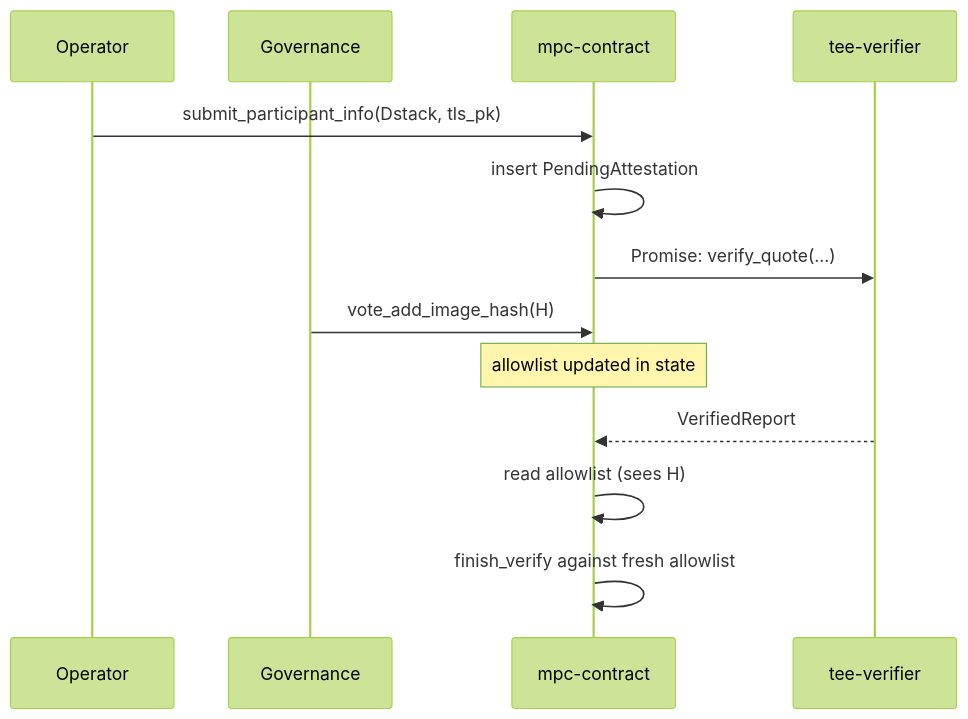
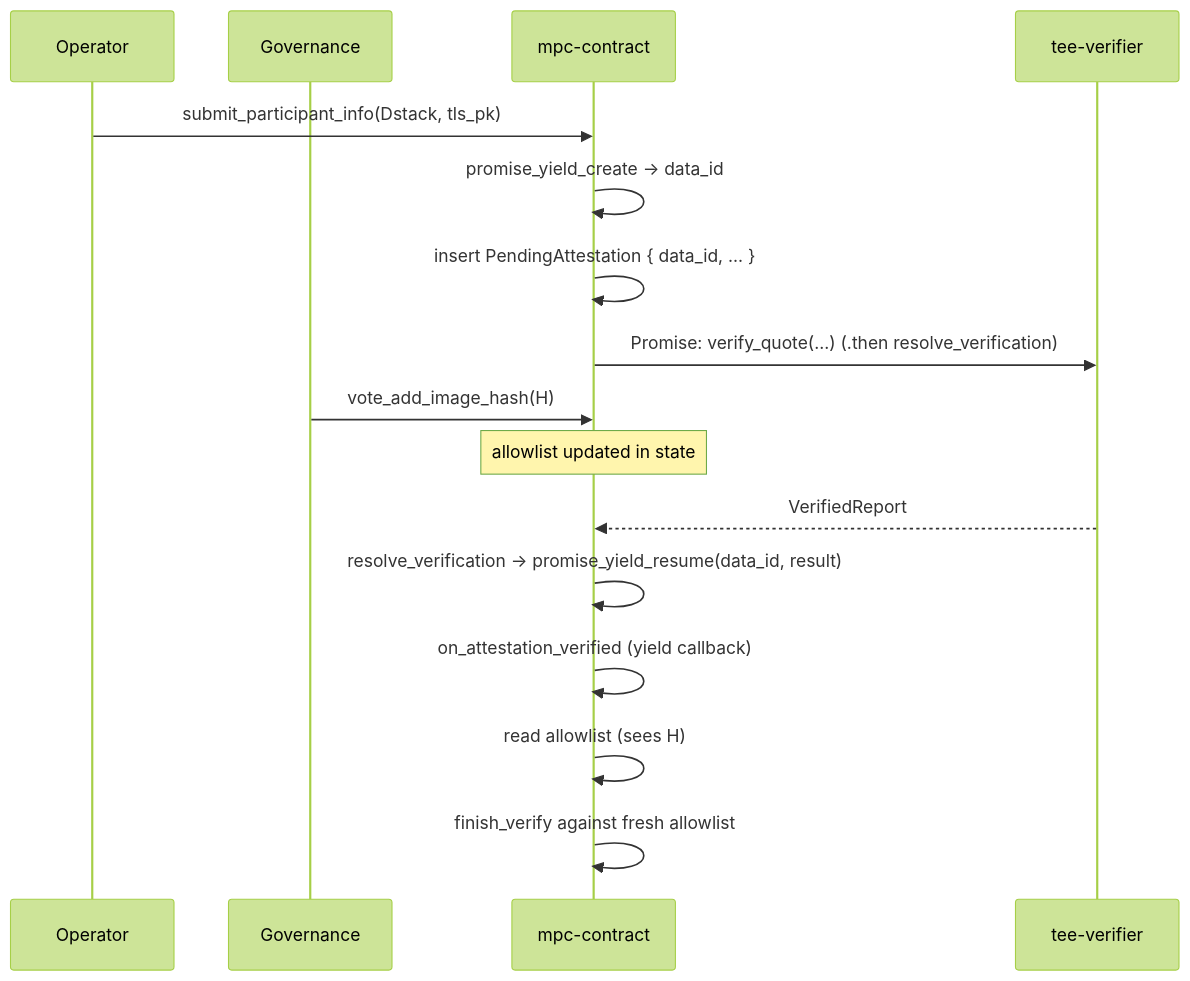
The fourth of 6 diagrams in docs/design/attestation-verifier-contract.md (near/mpc), drawn with Mermaid (forest theme) before and after one commit. The commit also changed other lines of this file, not shown here.

First line of the commit message:
docs(design): switch submission flow to yield-resume

````diff
--- a/docs/design/attestation-verifier-contract.md
+++ b/docs/design/attestation-verifier-contract.md
@@ -131,18 +139,21 @@
 ```mermaid
 sequenceDiagram
     participant Op as Operator
     participant Gov as Governance
     participant MPC as mpc-contract
     participant Ver as tee-verifier
 
     Op->>MPC: submit_participant_info(Dstack, tls_pk)
-    MPC->>MPC: insert PendingAttestation
-    MPC->>Ver: Promise: verify_quote(...)
+    MPC->>MPC: promise_yield_create → data_id
+    MPC->>MPC: insert PendingAttestation { data_id, ... }
+    MPC->>Ver: Promise: verify_quote(...) (.then resolve_verification)
 
     Gov->>MPC: vote_add_image_hash(H)
     Note over MPC: allowlist updated in state
 
     Ver-->>MPC: VerifiedReport
+    MPC->>MPC: resolve_verification → promise_yield_resume(data_id, result)
+    MPC->>MPC: on_attestation_verified (yield callback)
     MPC->>MPC: read allowlist (sees H)
     MPC->>MPC: finish_verify against fresh allowlist
 ```
````
